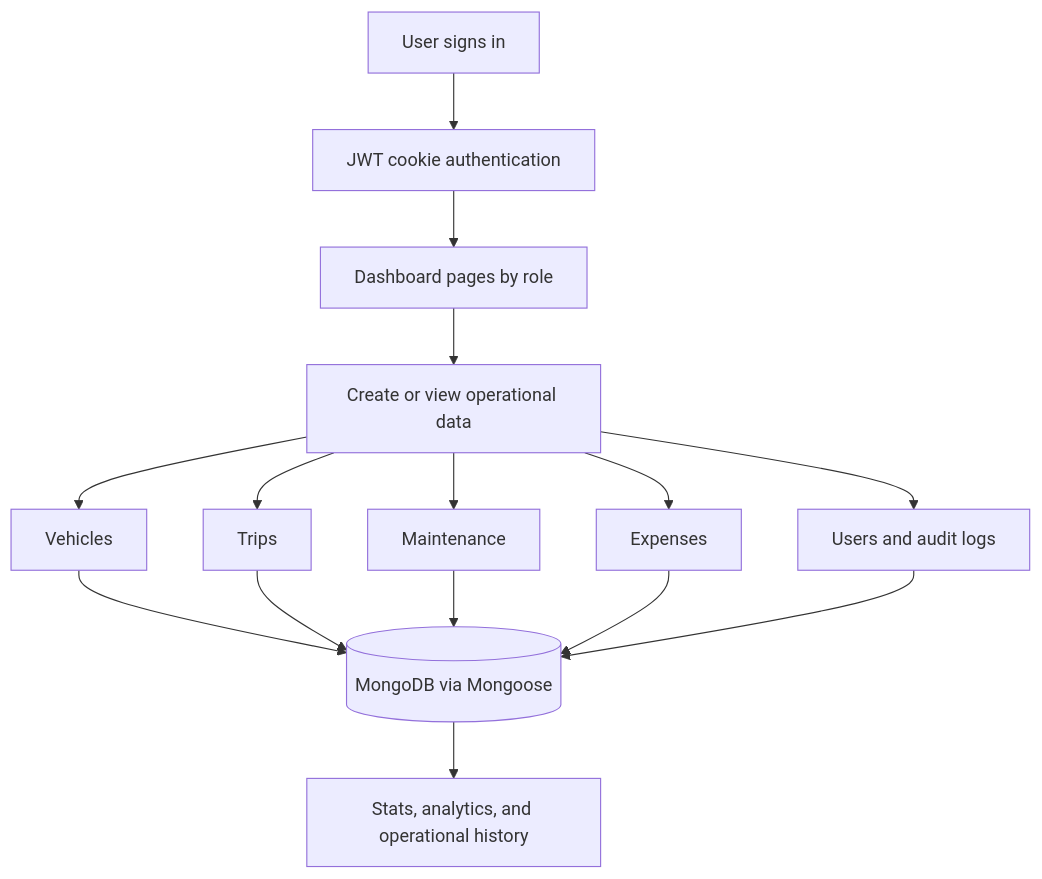
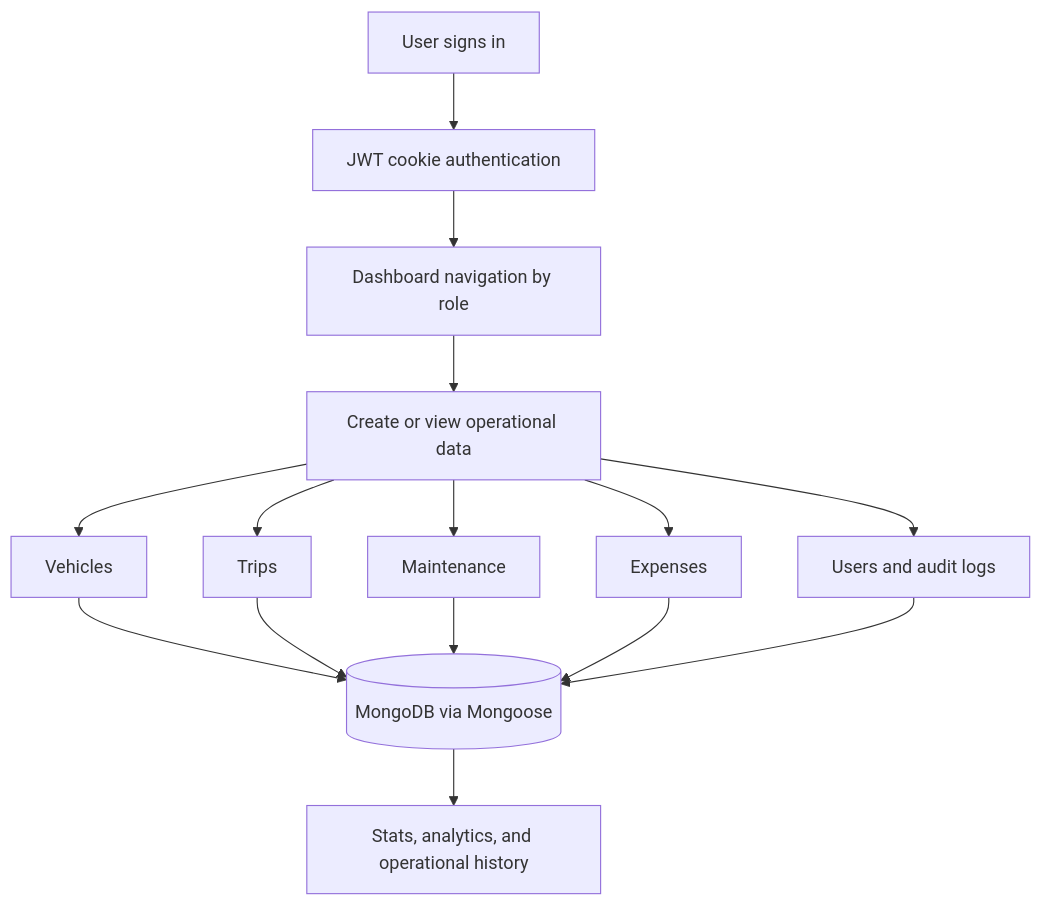
One commit to mittal122/FleetFlow-odoo- changed the first of 2 diagrams in README.md. Above: the diagram before and after it, drawn with Mermaid. The commit also changed other lines of this file, not shown here.

First line of the commit message:
docs: clarify role wording and seed/env details in README

````diff
--- a/README.md
+++ b/README.md
@@ -39,17 +39,17 @@
 ```mermaid
 flowchart TD
     A[User signs in] --> B[JWT cookie authentication]
-    B --> C[Dashboard pages by role]
+    B --> C[Dashboard navigation by role]
     C --> D[Create or view operational data]
     D --> D1[Vehicles]
     D --> D2[Trips]
     D --> D3[Maintenance]
     D --> D4[Expenses]
     D --> D5[Users and audit logs]
     D1 --> E[(MongoDB via Mongoose)]
     D2 --> E
     D3 --> E
     D4 --> E
     D5 --> E
     E --> F[Stats, analytics, and operational history]
 ```
````
